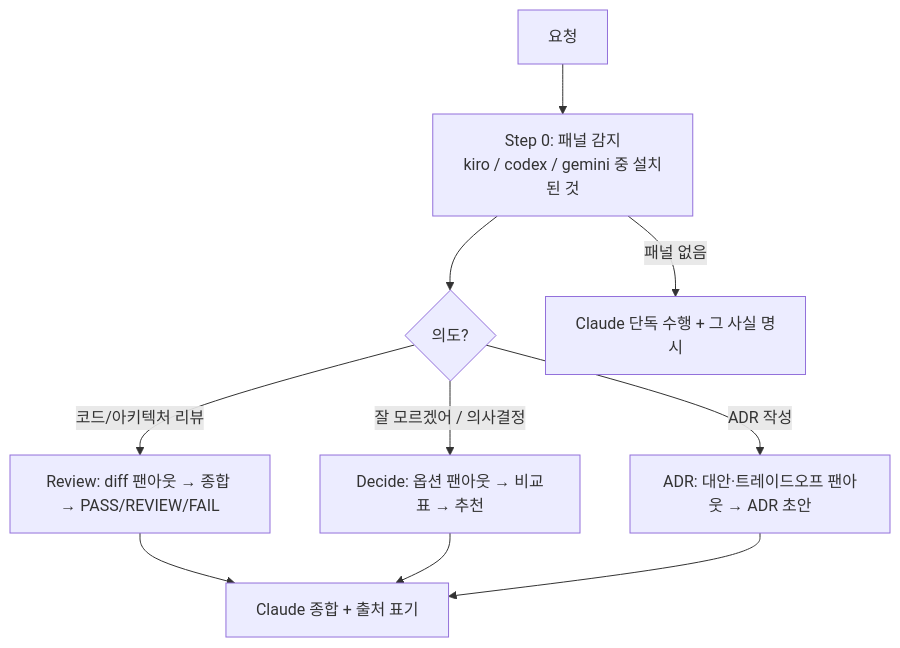
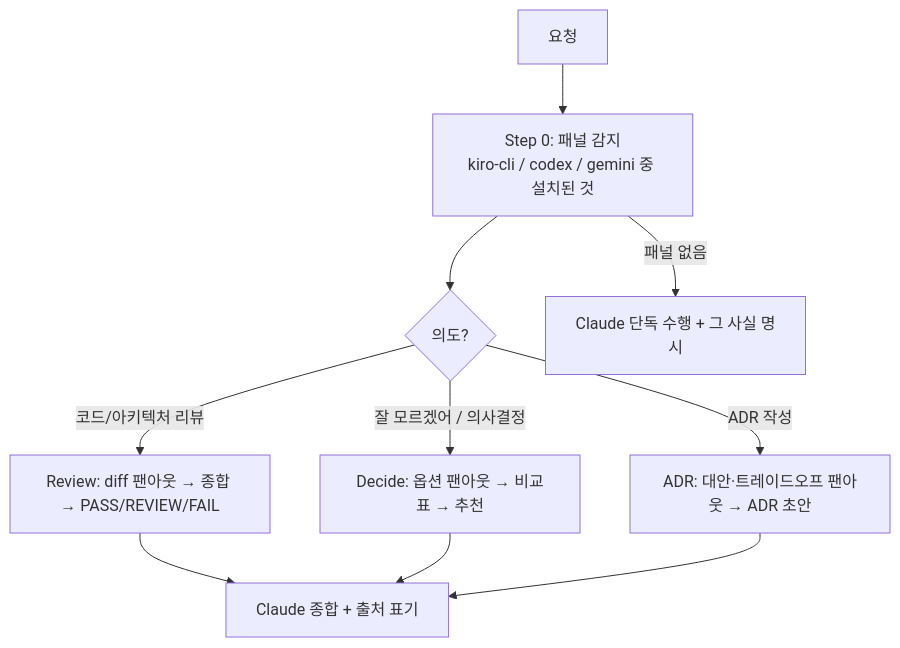
The diagram in plugins/co-agent/agents/co-agent.md (Atom-oh/oh-my-cloud-skills), drawn with Mermaid before and after one commit. The commit also changed other lines of this file and 3 other files, not shown here.

First line of the commit message:
fix(co-agent): hardening from panel design review + kiro-cli naming fix

````diff
--- a/plugins/co-agent/agents/co-agent.md
+++ b/plugins/co-agent/agents/co-agent.md
@@ -35,12 +35,12 @@
 ```mermaid
 graph TD
-    A[요청] --> P[Step 0: 패널 감지<br/>kiro / codex / gemini 중 설치된 것]
+    A[요청] --> P[Step 0: 패널 감지<br/>kiro-cli / codex / gemini 중 설치된 것]
     P --> B{의도?}
     B -->|코드/아키텍처 리뷰| R[Review: diff 팬아웃 → 종합 → PASS/REVIEW/FAIL]
     B -->|"잘 모르겠어" / 의사결정| D[Decide: 옵션 팬아웃 → 비교표 → 추천]
     B -->|ADR 작성| ADR[ADR: 대안·트레이드오프 팬아웃 → ADR 초안]
     R --> S[Claude 종합 + 출처 표기]
     D --> S
     ADR --> S
     P -->|패널 없음| SOLO[Claude 단독 수행 + 그 사실 명시]
 ```
````
